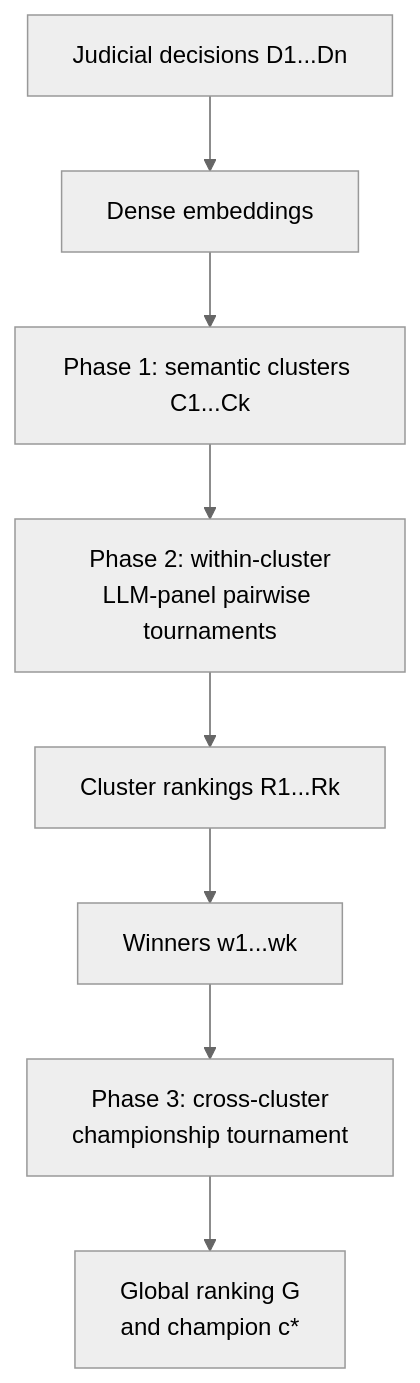
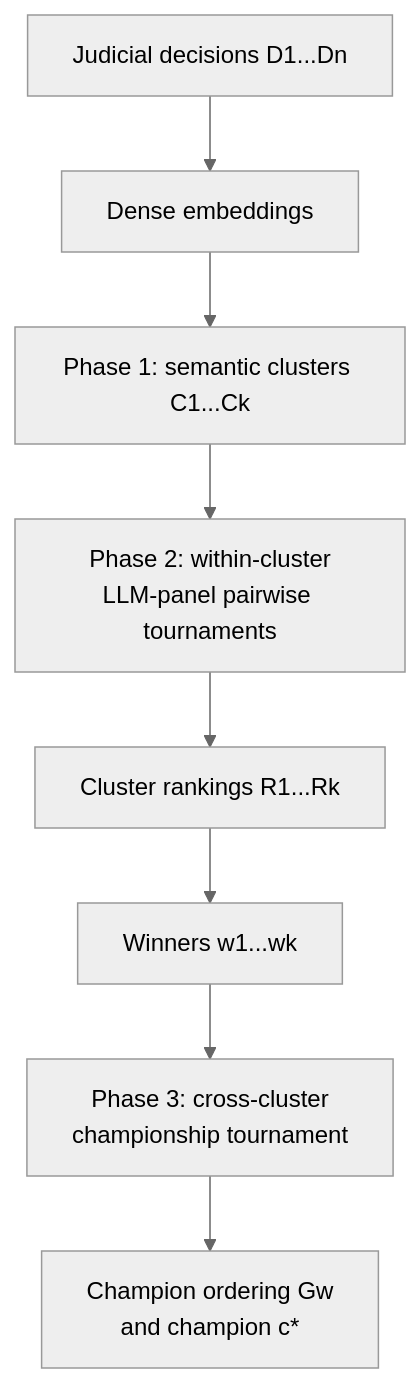
One commit to franklinbaldo/papers changed the diagram in embedding_seeded_tournament.md. Above: the diagram before and after it, drawn with Mermaid (neutral theme). The commit also changed other lines of this file, not shown here.

Commit message:
fix ESHTR ranking identifiability and falsification controls

````diff
--- a/embedding_seeded_tournament.md
+++ b/embedding_seeded_tournament.md
@@ -211,10 +221,10 @@
 ```mermaid
 flowchart TD
     D[Judicial decisions D1...Dn] --> E[Dense embeddings]
     E --> C[Phase 1: semantic clusters C1...Ck]
     C --> P[Phase 2: within-cluster<br/>LLM-panel pairwise tournaments]
     P --> R[Cluster rankings R1...Rk]
     R --> W[Winners w1...wk]
     W --> H[Phase 3: cross-cluster<br/>championship tournament]
-    H --> G[Global ranking G<br/>and champion c*]
+    H --> G[Champion ordering Gw<br/>and champion c*]
 ```
````
